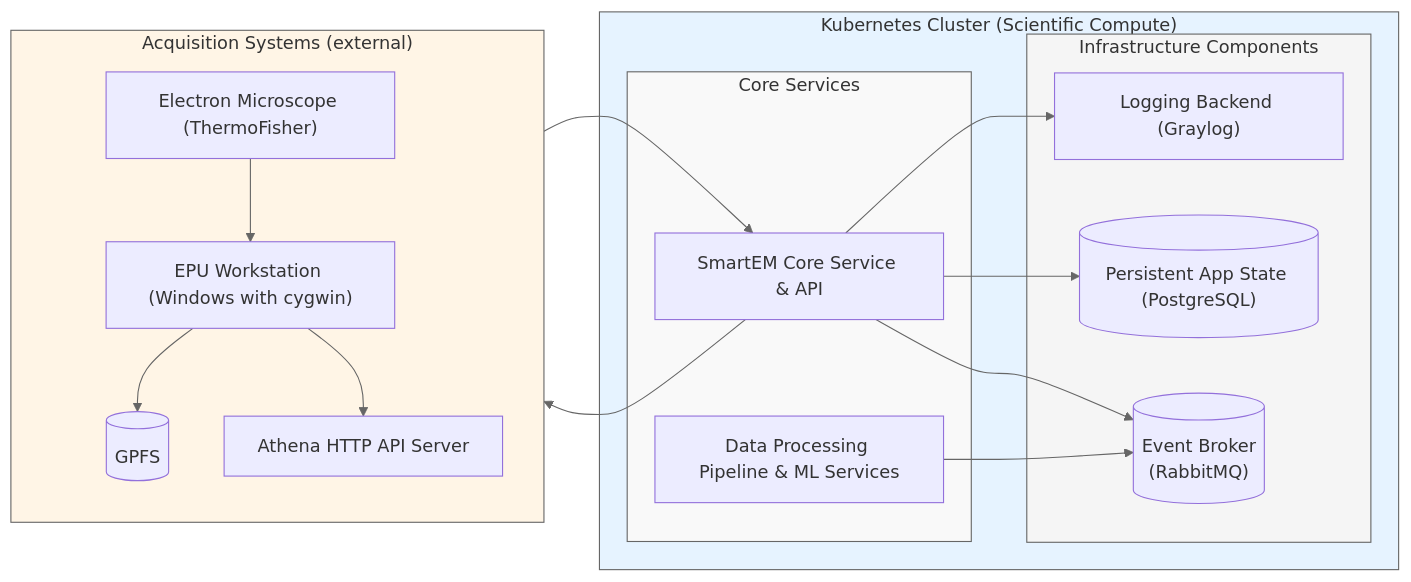
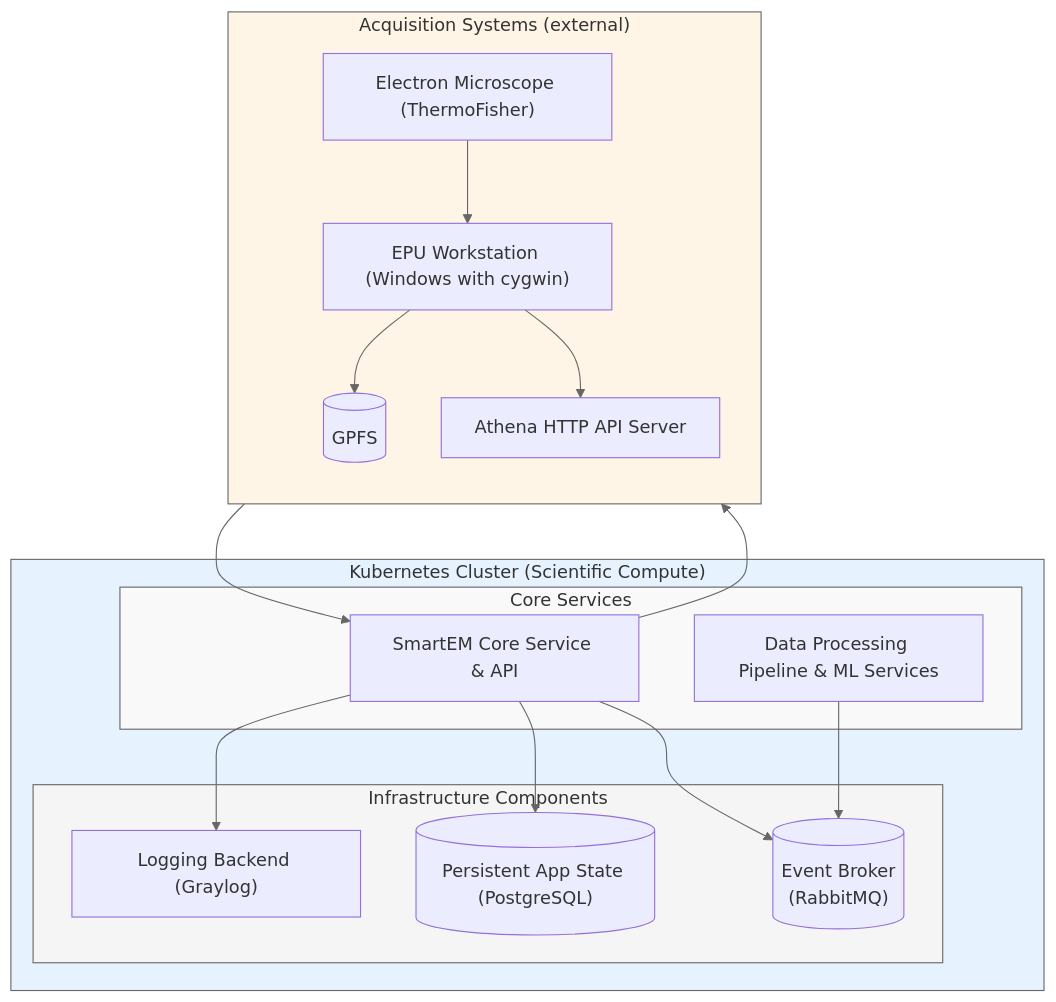
Before and after one commit to DiamondLightSource/smartem-decisions: the diagram in README.md, drawn with Mermaid. The commit also changed 2 other files, not shown here.

Commit message:
Consistent naming

````diff
--- a/README.md
+++ b/README.md
@@ -38,49 +33,49 @@
 ```mermaid
-graph LR
+ graph TD
     subgraph k8s["Kubernetes Cluster (Scientific Compute)"]
         subgraph core["Core Services"]
             api["SmartEM Core Service & API"]
             dp["Data Processing Pipeline & ML Services"]
         end
 
         subgraph infrastructure["Infrastructure Components"]
             log["Logging Backend (Graylog)"]
             db[("Persistent App State (PostgreSQL)")]
             mq[("Event Broker\n(RabbitMQ)")]
         end
     end
 
     subgraph ext["Acquisition Systems (external)"]
         direction TB
         em["Electron Microscope (ThermoFisher)"]
         gpfs[("GPFS")]
         epu["EPU Workstation (Windows with cygwin)"]
         athena["Athena HTTP API Server"]
     end
 
     %% Internal connections
     api --> db
     api --> mq
     dp --> mq
     api --> log
 
     %% External connections
     em --> epu
     epu --> gpfs
     epu --> athena
     api --> athena
     epu --> api
 
     %% Styling
     classDef k8s fill:#e6f3ff,stroke:#666
     classDef core fill:#f9f9f9,stroke:#666
     classDef infra fill:#f5f5f5,stroke:#666
     classDef ext fill:#fff5e6,stroke:#666
 
     class k8s k8s
     class core core
     class infrastructure infra
     class ext ext
     %% Link styling
     linkStyle 0,1,2,3,4,5,6,7,8 stroke:#666
 ```
````
